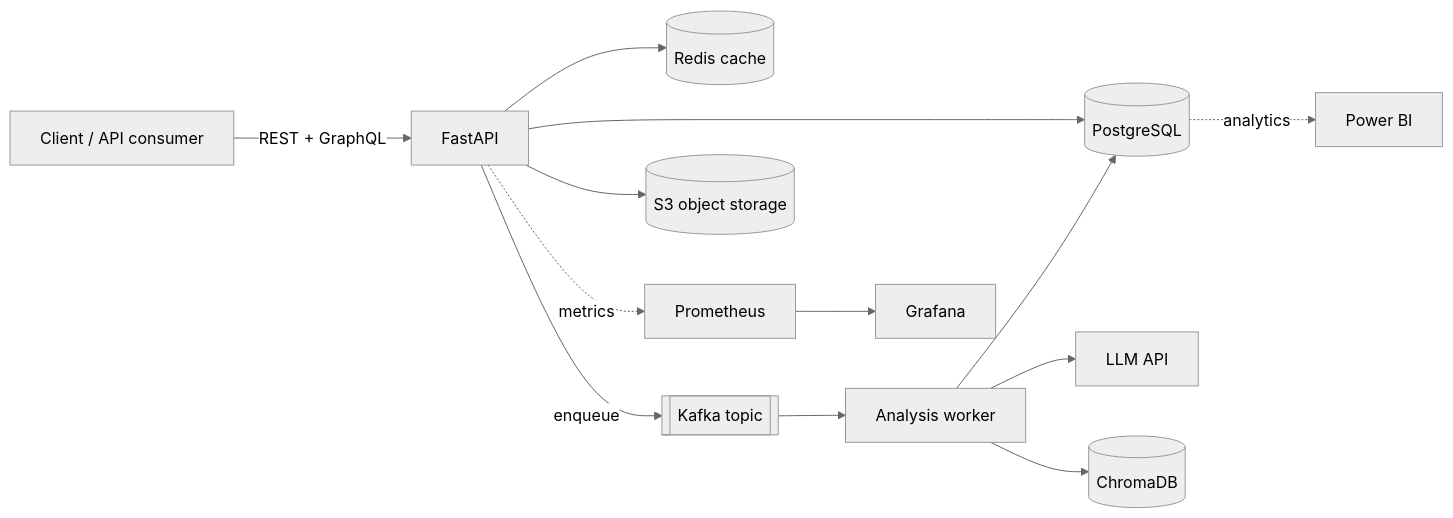
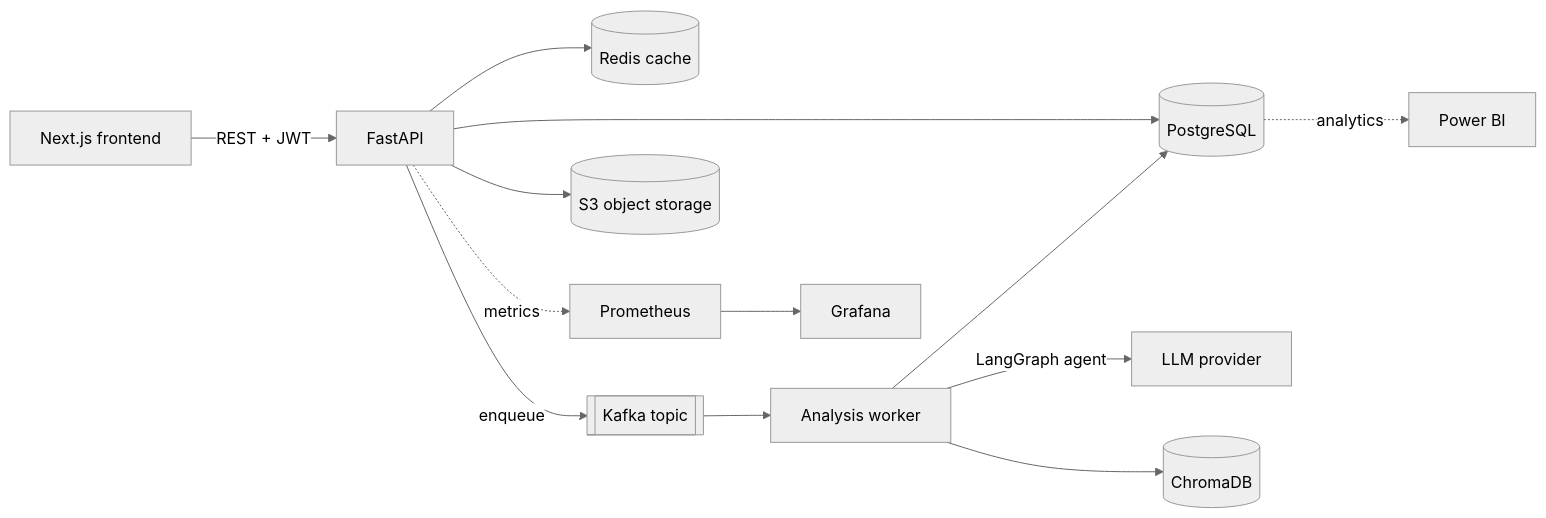
One commit to Mdasiftalukdar/HireSignal changed the diagram in README.md. Above: the diagram before and after it, drawn with Mermaid (neutral theme). The commit also changed other lines of this file, not shown here.

Commit message:
docs: rewrite README for the full-stack app (frontend, LangGraph, providers, ports)

````diff
--- a/README.md
+++ b/README.md
@@ -22,15 +23,15 @@
 ```mermaid
 flowchart LR
-    Client[Client / API consumer] -->|REST + GraphQL| API[FastAPI]
+    UI[Next.js frontend] -->|REST + JWT| API[FastAPI]
     API --> PG[(PostgreSQL)]
     API --> REDIS[(Redis cache)]
     API -->|enqueue| KAFKA[[Kafka topic]]
     KAFKA --> WORKER[Analysis worker]
-    WORKER --> LLM[LLM API]
+    WORKER -->|LangGraph agent| LLM[LLM provider]
     WORKER --> CHROMA[(ChromaDB)]
     WORKER --> PG
     API --> S3[(S3 object storage)]
     API -.metrics.-> PROM[Prometheus]
     PROM --> GRAF[Grafana]
     PG -.analytics.-> PBI[Power BI]
 ```
````
